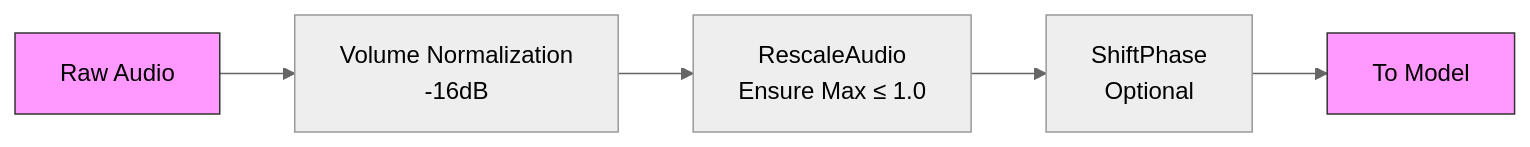
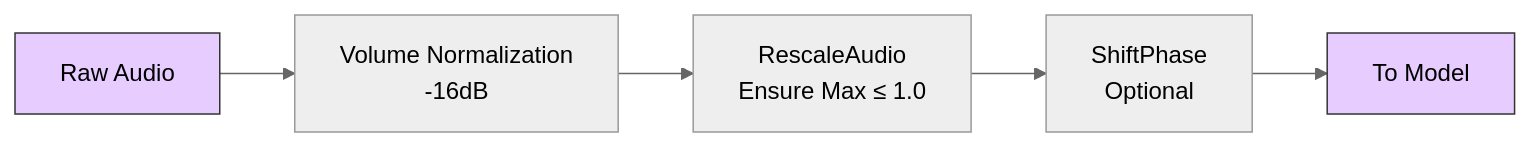
Before and after one commit to josmithiii/descript-audio-codec: the first of 2 diagrams in PreProcessing.md, drawn with Mermaid (neutral theme). The commit also changed other lines of this file, not shown here.

Commit message:
jos: claude improves text contrast

````diff
--- a/PreProcessing.md
+++ b/PreProcessing.md
@@ -4,10 +4,10 @@
 ```mermaid
 graph LR
     A[Raw Audio] --> B[Volume Normalization<br>-16dB]
     B --> C[RescaleAudio<br>Ensure Max ≤ 1.0]
     C --> D[ShiftPhase<br>Optional]
     D --> E[To Model]
 
-    style A fill:#f9f,stroke:#333
-    style E fill:#f9f,stroke:#333
+    style A fill:#e6ccff,stroke:#333,color:#000
+    style E fill:#e6ccff,stroke:#333,color:#000
 ```
````
